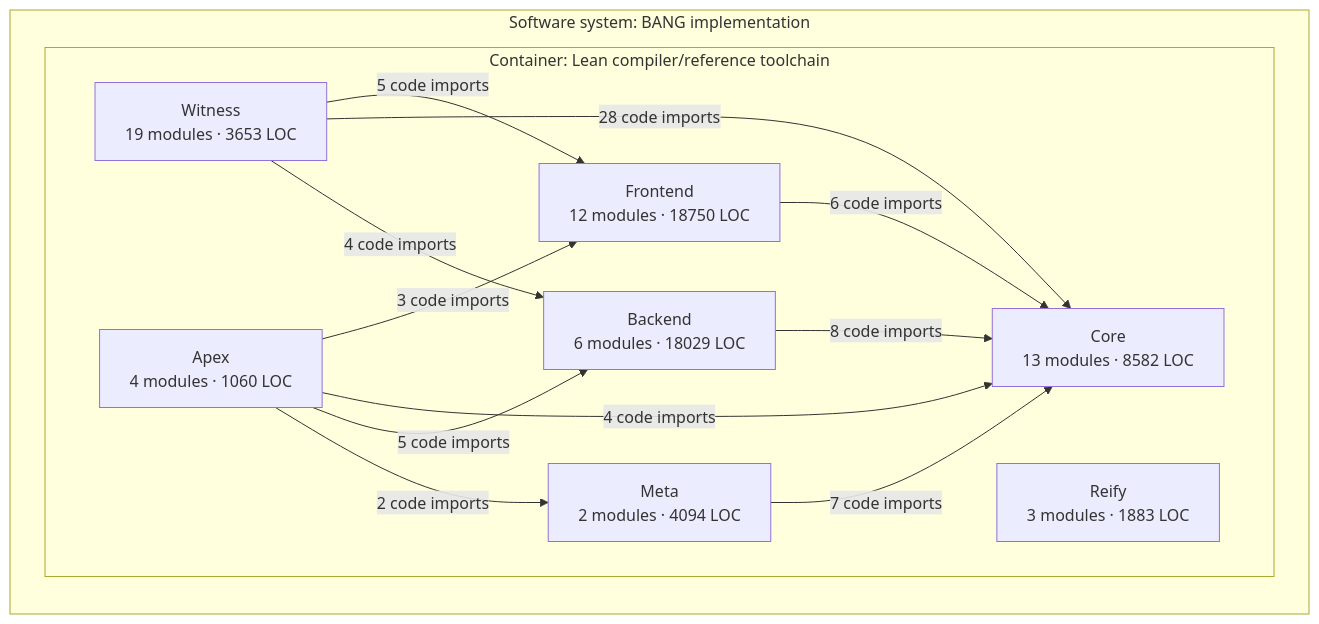
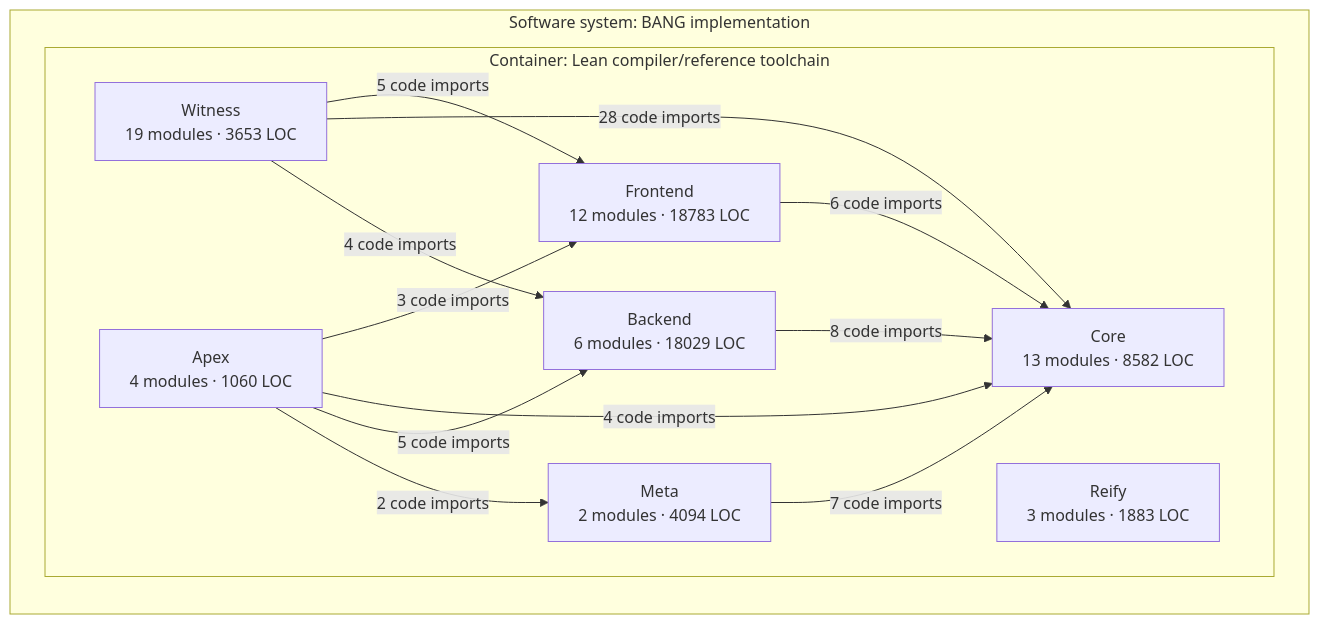
Before and after one commit to phibkro/bang: the third of 3 diagrams in docs/architecture/core-overview.md, drawn with Mermaid. The commit also changed other lines of this file and 9 other files, not shown here.

````diff
--- a/docs/architecture/core-overview.md
+++ b/docs/architecture/core-overview.md
@@ -160,24 +160,24 @@
 ```mermaid
 flowchart LR
   subgraph system_BANG["Software system: BANG implementation"]
     subgraph container_Lean_toolchain["Container: Lean compiler/reference toolchain"]
-      component_Frontend["Frontend<br/>12 modules · 18750 LOC"]
+      component_Frontend["Frontend<br/>12 modules · 18783 LOC"]
       component_Core["Core<br/>13 modules · 8582 LOC"]
       component_Backend["Backend<br/>6 modules · 18029 LOC"]
       component_Meta["Meta<br/>2 modules · 4094 LOC"]
       component_Witness["Witness<br/>19 modules · 3653 LOC"]
       component_Reify["Reify<br/>3 modules · 1883 LOC"]
       component_Apex["Apex<br/>4 modules · 1060 LOC"]
     end
   end
   component_Frontend -->|6 code imports| component_Core
   component_Backend -->|8 code imports| component_Core
   component_Meta -->|7 code imports| component_Core
   component_Witness -->|5 code imports| component_Frontend
   component_Witness -->|28 code imports| component_Core
   component_Witness -->|4 code imports| component_Backend
   component_Apex -->|3 code imports| component_Frontend
   component_Apex -->|4 code imports| component_Core
   component_Apex -->|5 code imports| component_Backend
   component_Apex -->|2 code imports| component_Meta
 ```
````
